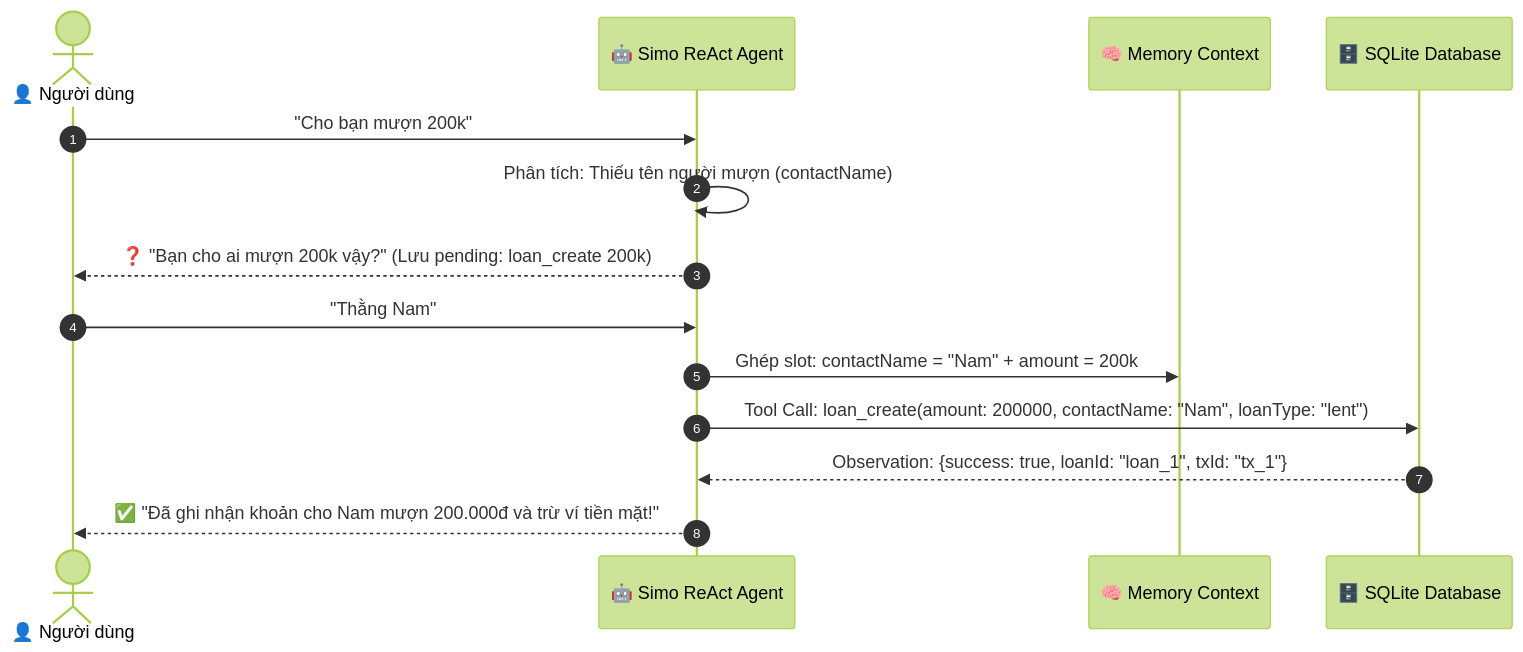
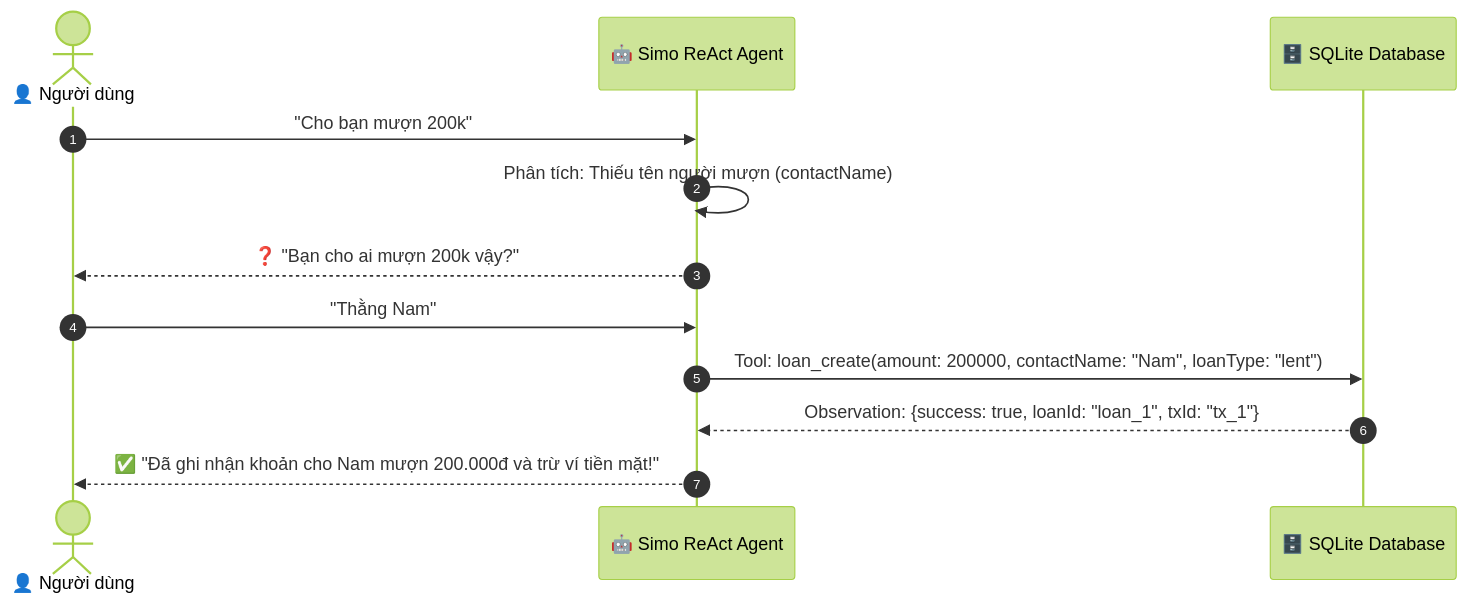
One commit to giakiet05/simo changed the fourth of 4 diagrams in docs/03_core_features/agent_execution_scenarios.md. Above: the diagram before and after it, drawn with Mermaid (forest theme). The commit also changed other lines of this file, not shown here.

Commit message:
docs(agent): supplement full CRUD update tools and execution scenarios

````diff
--- a/docs/03_core_features/agent_execution_scenarios.md
+++ b/docs/03_core_features/agent_execution_scenarios.md
@@ -152,18 +288,16 @@
 ```mermaid
 sequenceDiagram
     autonumber
     actor User as 👤 Người dùng
     participant Agent as 🤖 Simo ReAct Agent
-    participant State as 🧠 Memory Context
     participant DB as 🗄️ SQLite Database
 
     User->>Agent: "Cho bạn mượn 200k"
     Agent->>Agent: Phân tích: Thiếu tên người mượn (contactName)
-    Agent-->>User: ❓ "Bạn cho ai mượn 200k vậy?" (Lưu pending: loan_create 200k)
+    Agent-->>User: ❓ "Bạn cho ai mượn 200k vậy?"
     
     User->>Agent: "Thằng Nam"
-    Agent->>State: Ghép slot: contactName = "Nam" + amount = 200k
-    Agent->>DB: Tool Call: loan_create(amount: 200000, contactName: "Nam", loanType: "lent")
+    Agent->>DB: Tool: loan_create(amount: 200000, contactName: "Nam", loanType: "lent")
     DB-->>Agent: Observation: {success: true, loanId: "loan_1", txId: "tx_1"}
     Agent-->>User: ✅ "Đã ghi nhận khoản cho Nam mượn 200.000đ và trừ ví tiền mặt!"
 ```
````
